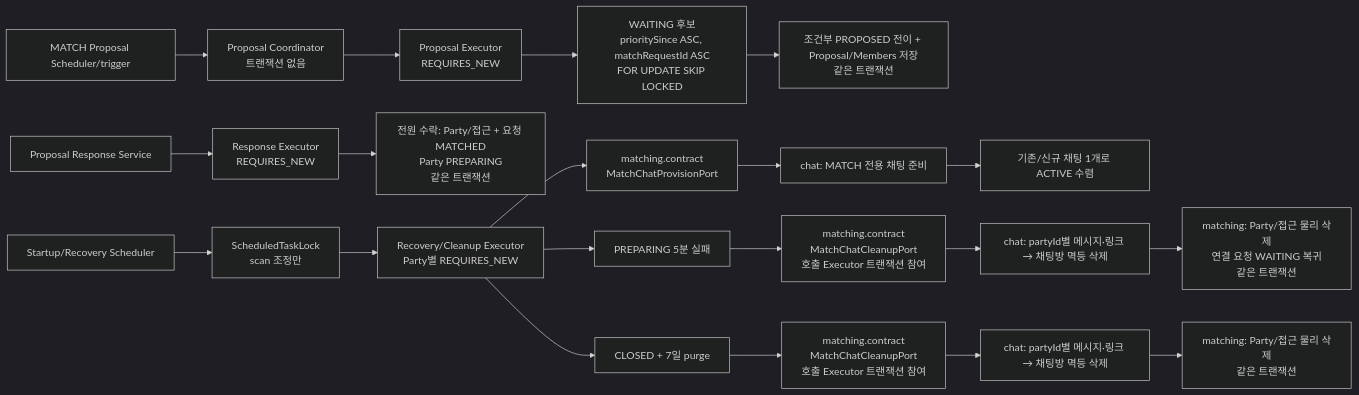
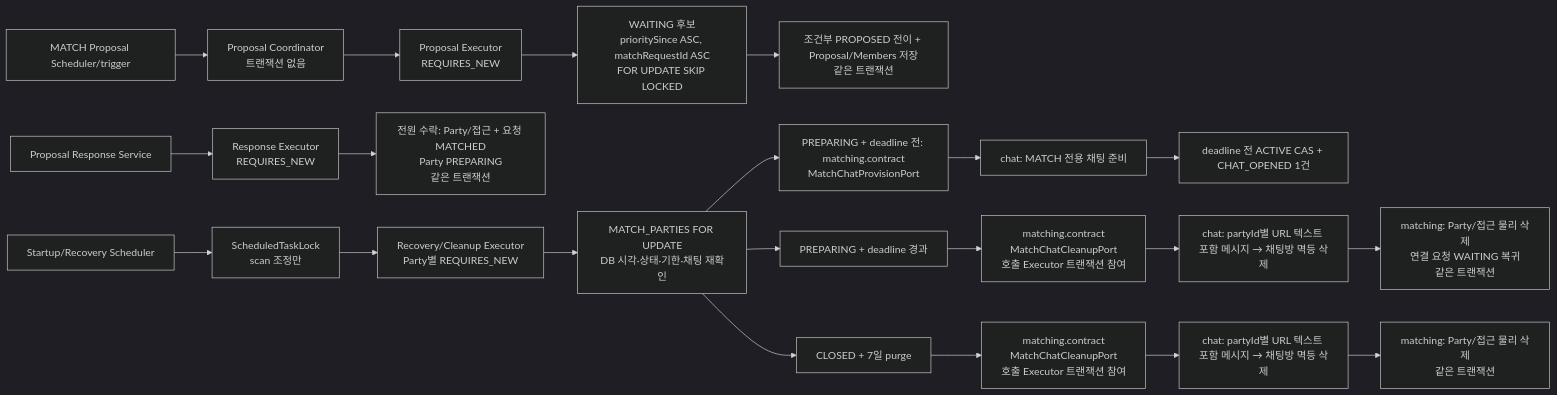
Before and after one commit to bamsongi-club/albam-mate: the eighth of 9 diagrams in docs/ARCHITECTURE.md, drawn with Mermaid (dark theme). The commit also changed other lines of this file and 7 other files, not shown here.

````diff
--- a/docs/ARCHITECTURE.md
+++ b/docs/ARCHITECTURE.md
@@ -408,22 +415,23 @@
 ```mermaid
 flowchart LR
     matcher["MATCH Proposal Scheduler/trigger"] --> coordinator["Proposal Coordinator<br/>트랜잭션 없음"]
     coordinator --> proposalExecutor["Proposal Executor<br/>REQUIRES_NEW"]
     proposalExecutor --> claim["WAITING 후보<br/>prioritySince ASC, matchRequestId ASC<br/>FOR UPDATE SKIP LOCKED"]
     claim --> proposalWrite["조건부 PROPOSED 전이 + Proposal/Members 저장<br/>같은 트랜잭션"]
     response["Proposal Response Service"] --> responseExecutor["Response Executor<br/>REQUIRES_NEW"]
     responseExecutor --> finalize["전원 수락: Party/접근 + 요청 MATCHED<br/>Party PREPARING<br/>같은 트랜잭션"]
     recoveryScheduler["Startup/Recovery Scheduler"] --> schedulerLock["ScheduledTaskLock<br/>scan 조정만"]
     schedulerLock --> recovery["Recovery/Cleanup Executor<br/>Party별 REQUIRES_NEW"]
-    recovery --> provisionPort["matching.contract<br/>MatchChatProvisionPort"]
+    recovery --> partyLock["MATCH_PARTIES FOR UPDATE<br/>DB 시각·상태·기한·채팅 재확인"]
+    partyLock --> provisionPort["PREPARING + deadline 전: matching.contract<br/>MatchChatProvisionPort"]
     provisionPort --> matchChat["chat: MATCH 전용 채팅 준비"]
-    matchChat --> active["기존/신규 채팅 1개로 ACTIVE 수렴"]
-    recovery --> preparingFailure["PREPARING 5분 실패"]
+    matchChat --> active["deadline 전 ACTIVE CAS + CHAT_OPENED 1건"]
+    partyLock --> preparingFailure["PREPARING + deadline 경과"]
     preparingFailure --> preparingCleanupPort["matching.contract<br/>MatchChatCleanupPort<br/>호출 Executor 트랜잭션 참여"]
-    preparingCleanupPort --> preparingChatCleanup["chat: partyId별 메시지·링크 → 채팅방 멱등 삭제"]
+    preparingCleanupPort --> preparingChatCleanup["chat: partyId별 URL 텍스트 포함 메시지 → 채팅방 멱등 삭제"]
     preparingChatCleanup --> failed["matching: Party/접근 물리 삭제<br/>연결 요청 WAITING 복귀<br/>같은 트랜잭션"]
-    recovery --> closedPurge["CLOSED + 7일 purge"]
+    partyLock --> closedPurge["CLOSED + 7일 purge"]
     closedPurge --> closedCleanupPort["matching.contract<br/>MatchChatCleanupPort<br/>호출 Executor 트랜잭션 참여"]
-    closedCleanupPort --> closedChatCleanup["chat: partyId별 메시지·링크 → 채팅방 멱등 삭제"]
+    closedCleanupPort --> closedChatCleanup["chat: partyId별 URL 텍스트 포함 메시지 → 채팅방 멱등 삭제"]
     closedChatCleanup --> purged["matching: Party/접근 물리 삭제<br/>같은 트랜잭션"]
 ```
````
